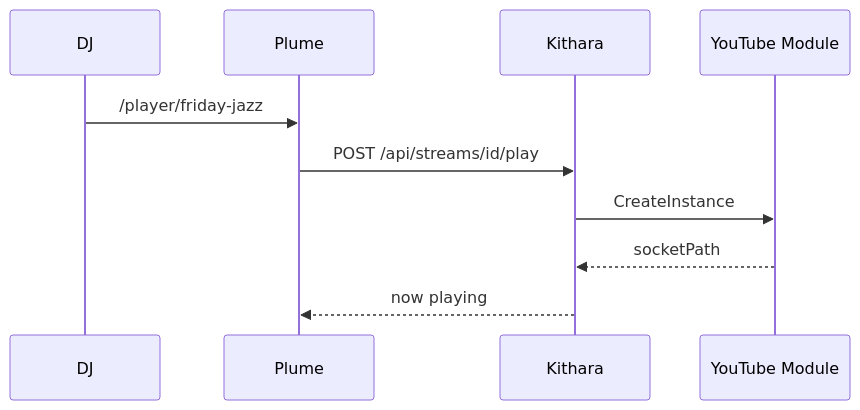
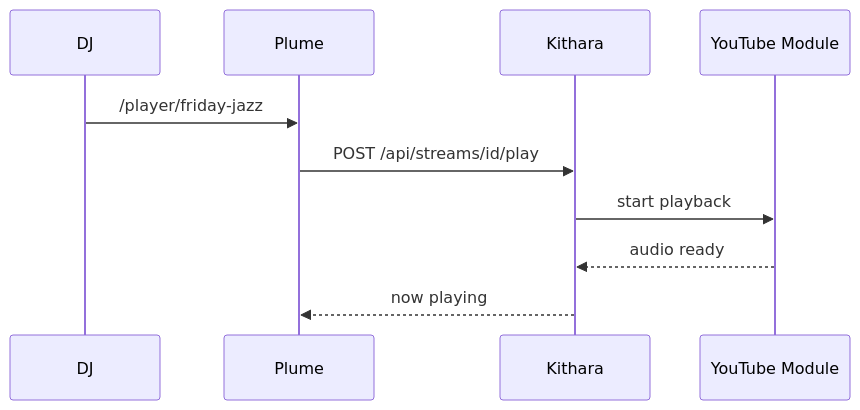
One commit to Bardie-radio/.github changed the second of 3 diagrams in profile/docs/architecture/04-user-journeys.md. Above: the diagram before and after it, drawn with Mermaid. The commit also changed other lines of this file and 11 other files, not shown here.

Commit message:
Update documentation and .gitignore; enhance clarity on architecture and deployment details

````diff
--- a/profile/docs/architecture/04-user-journeys.md
+++ b/profile/docs/architecture/04-user-journeys.md
@@ -22,13 +24,13 @@
 ```mermaid
 sequenceDiagram
   participant DJ
   participant Plume
   participant Kithara
   participant YT as YouTube Module
 
   DJ->>Plume: /player/friday-jazz
   Plume->>Kithara: POST /api/streams/id/play
-  Kithara->>YT: CreateInstance
-  YT-->>Kithara: socketPath
+  Kithara->>YT: start playback
+  YT-->>Kithara: audio ready
   Kithara-->>Plume: now playing
 ```
````
